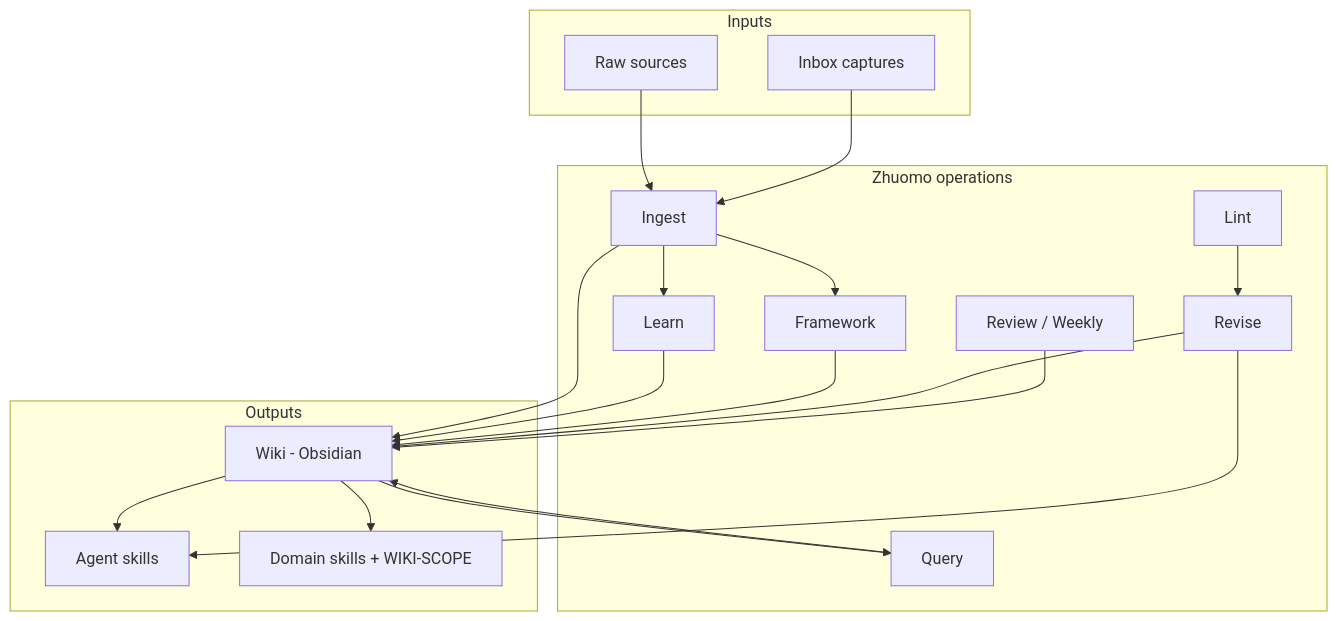
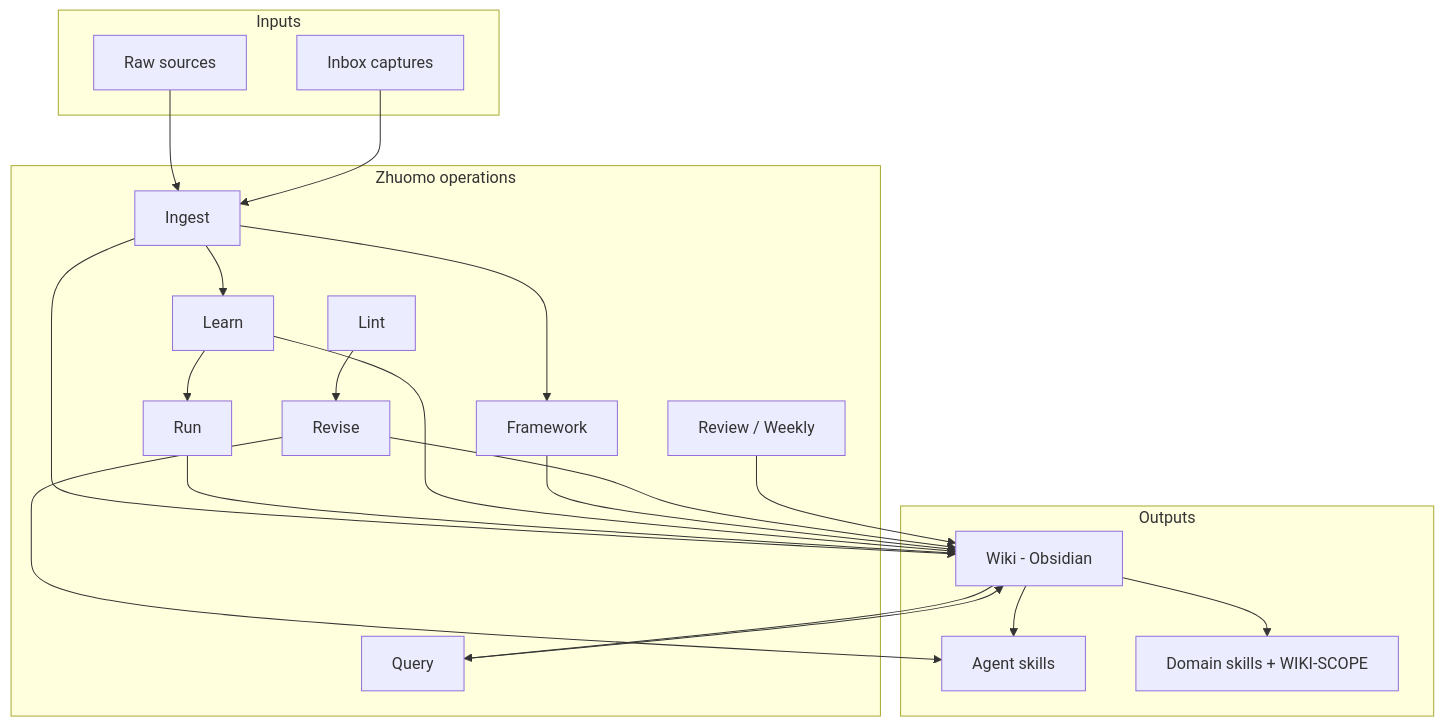
The first of 3 diagrams in FRAMEWORK.md (dylanchen1925/zhuomo), drawn with Mermaid before and after one commit. The commit also changed other lines of this file and 8 other files, not shown here.

````diff
--- a/FRAMEWORK.md
+++ b/FRAMEWORK.md
@@ -26,39 +26,42 @@
 ```mermaid
 flowchart TD
   subgraph inputs [Inputs]
     R[Raw sources]
     I[Inbox captures]
   end
 
   subgraph process [Zhuomo operations]
     IN[Ingest]
     LR[Learn]
+    RN[Run]
     FW[Framework]
     RV[Review / Weekly]
     QY[Query]
     RZ[Revise]
     LT[Lint]
   end
 
   subgraph outputs [Outputs]
     W[Wiki - Obsidian]
     S[Agent skills]
     DS[Domain skills + WIKI-SCOPE]
   end
 
   R --> IN
   I --> IN
   IN --> W
   IN --> LR
+  LR --> RN
+  RN --> W
   LR --> W
   IN --> FW
   FW --> W
   W --> QY
   QY --> W
   LT --> RZ
   RZ --> W
   RZ --> S
   W --> S
   W --> DS
   RV --> W
 ```
````
